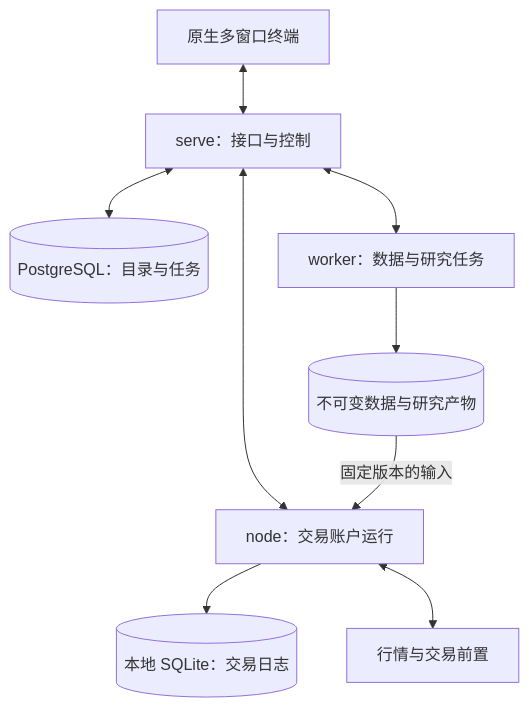
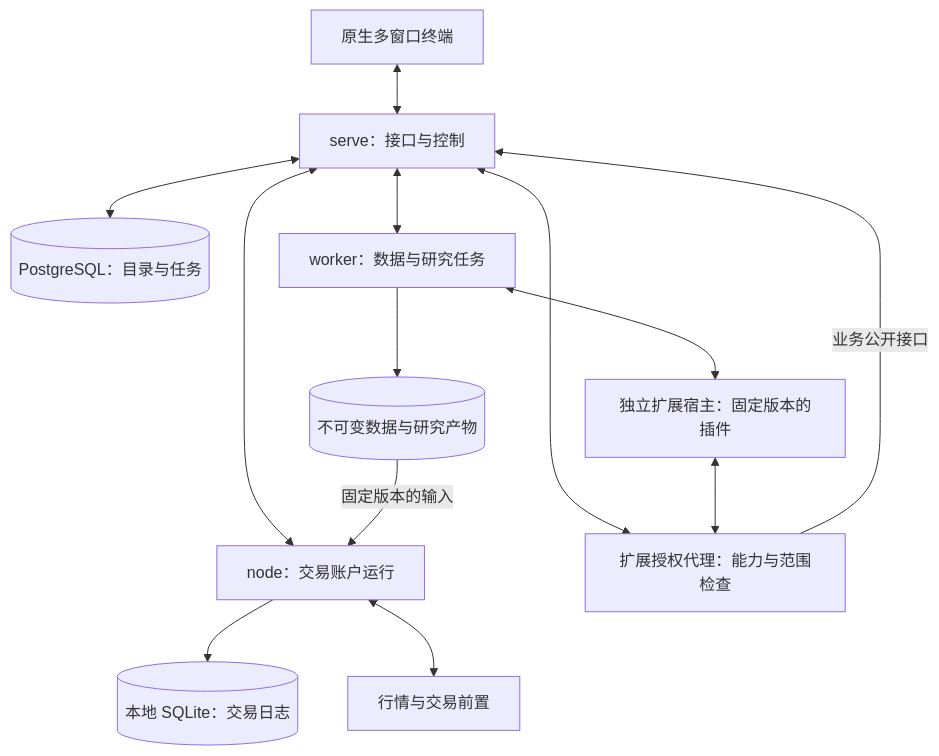
Before and after one commit to isqiwen/asterion-terminal: the diagram in docs/architecture.md, drawn with Mermaid. The commit also changed other lines of this file and 439 other files, not shown here.

````diff
--- a/docs/architecture.md
+++ b/docs/architecture.md
@@ -88,11 +148,15 @@
 ```mermaid
 flowchart TB
   UI["原生多窗口终端"] <--> API["serve：接口与控制"]
   API <--> PG[("PostgreSQL：目录与任务")]
   API <--> W["worker：数据与研究任务"]
   API <--> N["node：交易账户运行"]
+  API <--> B["扩展授权代理：能力与范围检查"]
+  W <--> X["独立扩展宿主：固定版本的插件"]
+  X <--> B
+  B -->|"业务公开接口"| API
   W --> FILES[("不可变数据与研究产物")]
   N --> LOCAL[("本地 SQLite：交易日志")]
   N <--> CTP["行情与交易前置"]
   FILES -->|"固定版本的输入"| N
 ```
````
